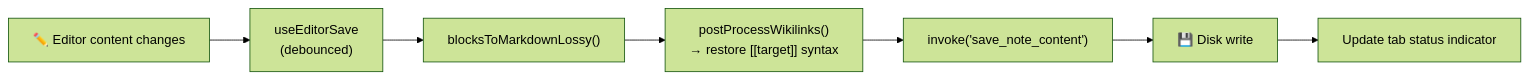
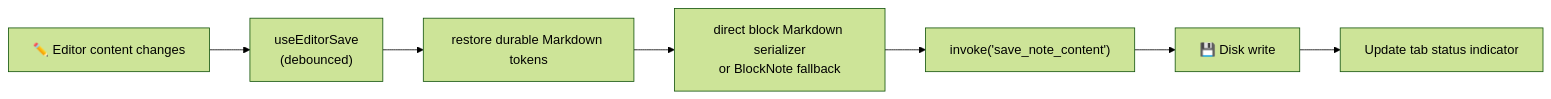
The eighth of 10 diagrams in docs/ARCHITECTURE.md (aimeritething/Fuwa), drawn with Mermaid (forest theme) before and after one commit. The commit also changed other lines of this file and 49 other files, not shown here.

````diff
--- a/docs/ARCHITECTURE.md
+++ b/docs/ARCHITECTURE.md
@@ -651,9 +662,9 @@
 ```mermaid
 flowchart LR
     A["✏️ Editor content changes"] --> B["useEditorSave\n(debounced)"]
-    B --> C["blocksToMarkdownLossy()"]
-    C --> D["postProcessWikilinks()\n→ restore [[target]] syntax"]
+    B --> C["restore durable Markdown tokens"]
+    C --> D["direct block Markdown serializer\nor BlockNote fallback"]
     D --> E["invoke('save_note_content')"]
     E --> F["💾 Disk write"]
     F --> G["Update tab status indicator"]
 ```
````
